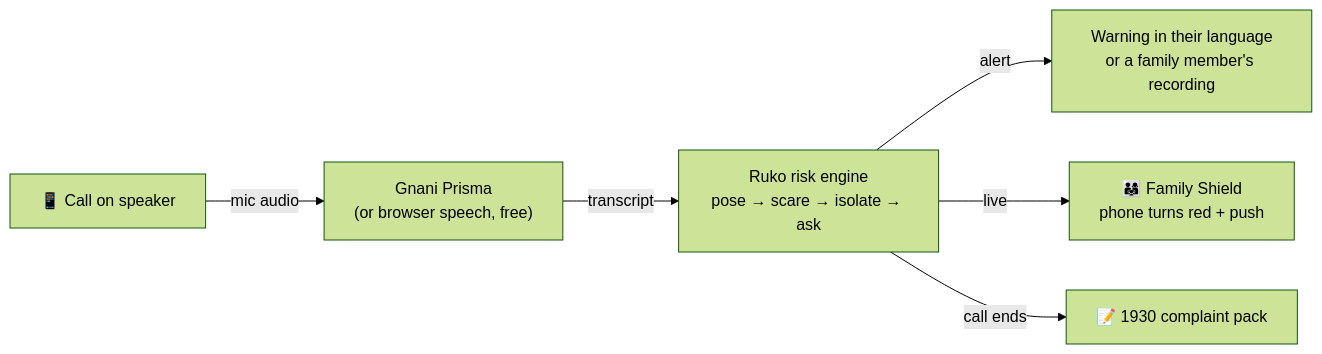
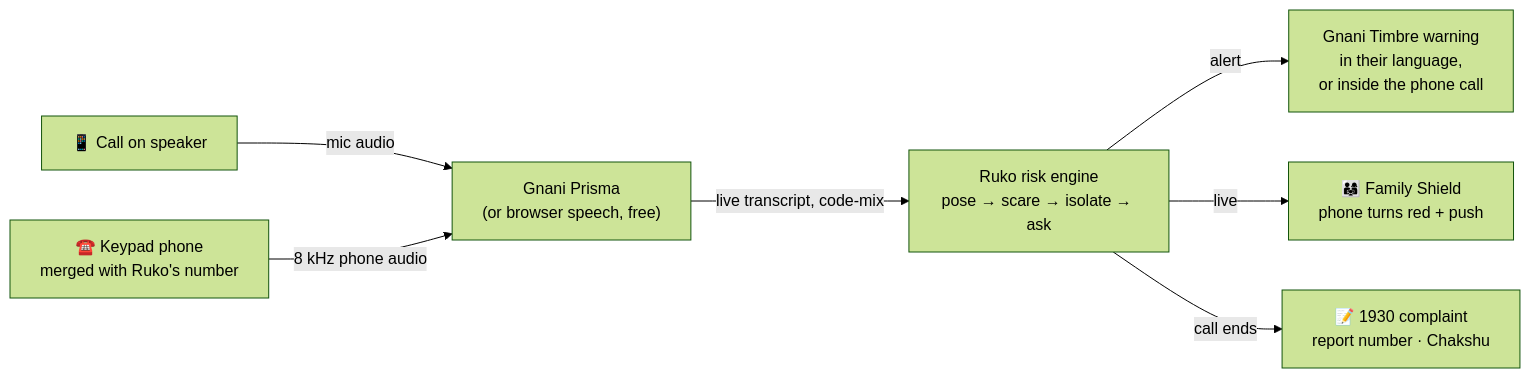
Before and after one commit to aadityaa0523/ruko-cfi: the diagram in README.md, drawn with Mermaid (forest theme). The commit also changed other lines of this file and 1 other file, not shown here.

````diff
--- a/README.md
+++ b/README.md
@@ -78,8 +129,9 @@
 ```mermaid
 flowchart LR
     A["📱 Call on speaker"] -->|mic audio| B["Gnani Prisma<br/>(or browser speech, free)"]
-    B -->|transcript| C["Ruko risk engine<br/>pose → scare → isolate → ask"]
-    C -->|alert| D["Warning in their language<br/>or a family member's recording"]
+    K["☎️ Keypad phone<br/>merged with Ruko's number"] -->|8 kHz phone audio| B
+    B -->|live transcript, code-mix| C["Ruko risk engine<br/>pose → scare → isolate → ask"]
+    C -->|alert| D["Gnani Timbre warning<br/>in their language,<br/>or inside the phone call"]
     C -->|live| E["👨‍👩‍👧 Family Shield<br/>phone turns red + push"]
-    C -->|call ends| F["📝 1930 complaint pack"]
+    C -->|call ends| F["📝 1930 complaint<br/>report number · Chakshu"]
 ```
````
